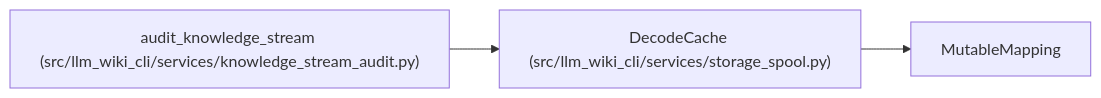
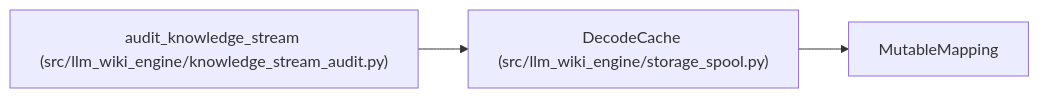
Before and after one commit to Denissvgn/python-wiki-llm: the diagram in docs/llm_wiki/entities/DecodeCache.md, drawn with Mermaid. The commit also changed other lines of this file and 1058 other files, not shown here.

First line of the commit message:
docs: refresh the wiki for the knowledge store move

````diff
--- a/docs/llm_wiki/entities/DecodeCache.md
+++ b/docs/llm_wiki/entities/DecodeCache.md
@@ -30,10 +30,10 @@
 ```mermaid
 flowchart LR
-    n0["DecodeCache (src/llm_wiki_cli/services/storage_spool.py)"]
+    n0["DecodeCache (src/llm_wiki_engine/storage_spool.py)"]
     n1["MutableMapping"]
-    n2["audit_knowledge_stream (src/llm_wiki_cli/services/knowledge_stream_audit.py)"]
+    n2["audit_knowledge_stream (src/llm_wiki_engine/knowledge_stream_audit.py)"]
     n0 --> n1
     n2 --> n0
     click n0 "../modules/storage_spool.md"
     click n2 "../modules/knowledge_stream_audit.md"
 ```
````
